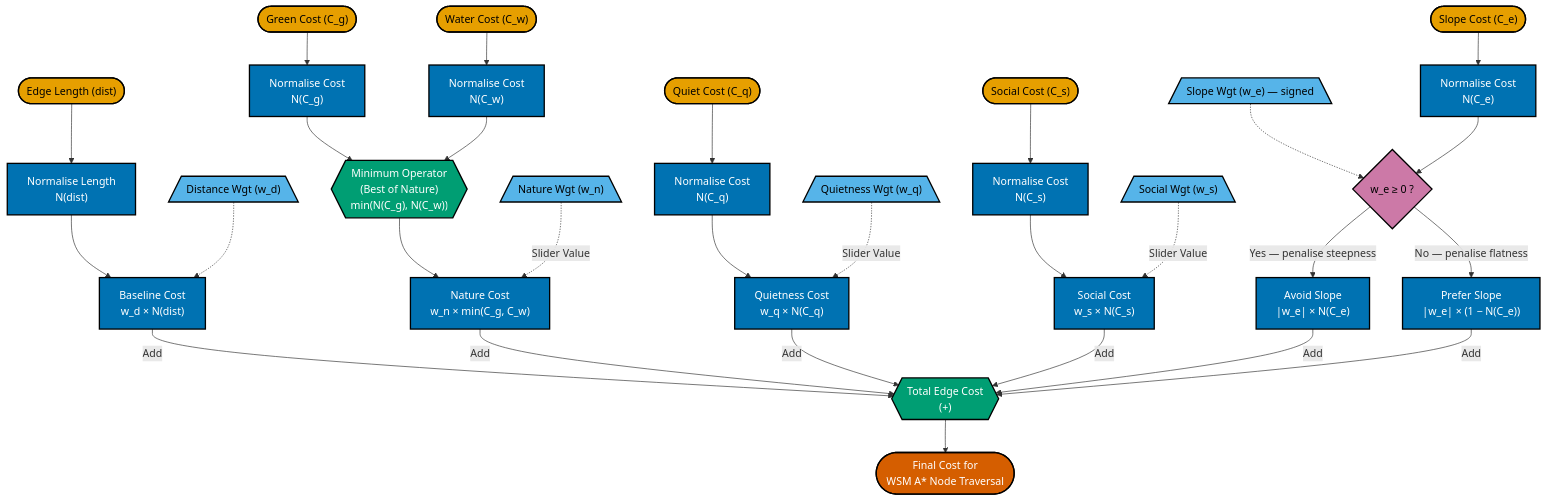
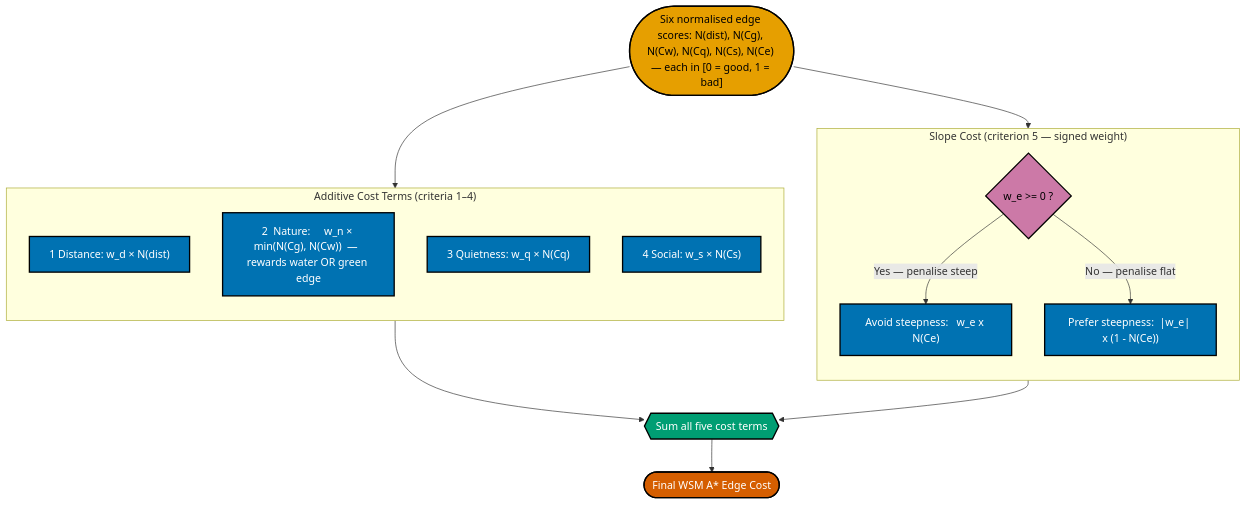
Before and after one commit to Chimpyr/pathfinder-project: the diagram in docs/report_diagrams/2_wsm_additive_mathematical_flow.md, drawn with Mermaid. The commit also changed 13 other files, not shown here.

Commit message:
Fix trunk and REDIS race condition, with DIAGRAMS

````diff
--- a/docs/report_diagrams/2_wsm_additive_mathematical_flow.md
+++ b/docs/report_diagrams/2_wsm_additive_mathematical_flow.md
@@ -8,89 +8,45 @@
 ```mermaid
 flowchart TD
     %% ── Okabe-Ito Accessible Colour Palette ──────────────────────
-    classDef input fill:#E69F00,stroke:#000000,stroke-width:2px,color:#000000
-    classDef weight fill:#56B4E9,stroke:#000000,stroke-width:2px,color:#000000
+    classDef input    fill:#E69F00,stroke:#000000,stroke-width:2px,color:#000000
     classDef operator fill:#009E73,stroke:#000000,stroke-width:2px,color:#FFFFFF
-    classDef process fill:#0072B2,stroke:#000000,stroke-width:2px,color:#FFFFFF
-    classDef output fill:#D55E00,stroke:#000000,stroke-width:2px,color:#FFFFFF
+    classDef process  fill:#0072B2,stroke:#000000,stroke-width:2px,color:#FFFFFF
+    classDef output   fill:#D55E00,stroke:#000000,stroke-width:2px,color:#FFFFFF
     classDef decision fill:#CC79A7,stroke:#000000,stroke-width:2px,color:#000000
 
-    %% ── Raw Inputs (6 normalised cost values 0=good 1=bad) ──────
-    L(["Edge Length (dist)"]):::input
-    G(["Green Cost (C_g)"]):::input
-    W(["Water Cost (C_w)"]):::input
-    Q(["Quiet Cost (C_q)"]):::input
-    S(["Social Cost (C_s)"]):::input
-    E(["Slope Cost (C_e)"]):::input
+    %% ── Entry: six normalised scores ────────────────────────────
+    Inputs(["Six normalised edge scores: N(dist), N(Cg), N(Cw), N(Cq), N(Cs), N(Ce) — each in [0 = good, 1 = bad]"]):::input
 
-    %% ── User-Interface Weight Sliders ────────────────────────────
-    uL[/"Distance Wgt (w_d)"\]:::weight
-    uNature[/"Nature Wgt (w_n)"\]:::weight
-    uQ[/"Quietness Wgt (w_q)"\]:::weight
-    uS[/"Social Wgt (w_s)"\]:::weight
-    uE[/"Slope Wgt (w_e)  — signed"\]:::weight
+    %% ── Additive cost terms (criteria 1–4) ───────────────────────
+    subgraph Additive ["Additive Cost Terms  (criteria 1–4)"]
+        direction TB
+        DistCost["1  Distance:   w_d × N(dist)"]:::process
+        NatureCost["2  Nature:     w_n × min(N(Cg), N(Cw))  —  rewards water OR green edge"]:::process
+        QuietCost["3  Quietness:  w_q × N(Cq)"]:::process
+        SocialCost["4  Social:     w_s × N(Cs)"]:::process
+    end
 
-    %% ── Normalisation Functions ──────────────────────────────────
-    NormL["Normalise Length\nN(dist)"]:::process
-    NormG["Normalise Cost\nN(C_g)"]:::process
-    NormW["Normalise Cost\nN(C_w)"]:::process
-    NormQ["Normalise Cost\nN(C_q)"]:::process
-    NormS["Normalise Cost\nN(C_s)"]:::process
-    NormE["Normalise Cost\nN(C_e)"]:::process
+    %% ── Slope: signed-weight branch (criterion 5) ────────────────
+    %% cost_wsm_additive() cost_calculator.py line 113:
+    %%   if slope_weight >= 0: cost += w_e * norm_slope
+    %%   else:                 cost += abs(w_e) * (1 - norm_slope)
+    subgraph SlopeGroup ["Slope Cost  (criterion 5 — signed weight)"]
+        direction TB
+        SlopeDecision{"w_e >= 0 ?"}:::decision
+        SlopeAvoid["Avoid steepness:   w_e x N(Ce)"]:::process
+        SlopePrefer["Prefer steepness:  |w_e| x (1 - N(Ce))"]:::process
+        SlopeDecision -->|"Yes — penalise steep"| SlopeAvoid
+        SlopeDecision -->|"No — penalise flat"| SlopePrefer
+    end
 
-    L --> NormL
-    G --> NormG
-    W --> NormW
-    Q --> NormQ
-    S --> NormS
-    E --> NormE
+    %% ── Final sum ────────────────────────────────────────────────
+    Add{{"Sum all five cost terms"}}:::operator
+    EdgeCost(["Final WSM A* Edge Cost"]):::output
 
-    %% ── Group Nature Logic (Disjunctive OR Semantics) ────────────
-    MinOp{{"Minimum Operator\n(Best of Nature)\nmin(N(C_g), N(C_w))"}}:::operator
-    NormG --> MinOp
-    NormW --> MinOp
-
-    %% ── Linear Multiplications ───────────────────────────────────
-    Mult1["Baseline Cost\nw_d × N(dist)"]:::process
-    Mult2["Nature Cost\nw_n × min(C_g, C_w)"]:::process
-    Mult3["Quietness Cost\nw_q × N(C_q)"]:::process
-    Mult4["Social Cost\nw_s × N(C_s)"]:::process
-
-    NormL --> Mult1
-    uL -.-> Mult1
-
-    MinOp --> Mult2
-    uNature -.->|"Slider Value"| Mult2
-
-    NormQ --> Mult3
-    uQ -.->|"Slider Value"| Mult3
-
-    NormS --> Mult4
-    uS -.->|"Slider Value"| Mult4
-
-    %% ── Slope: Signed-Weight Conditional Branch ──────────────────
-    %% Source: cost_wsm_additive() in cost_calculator.py
-    %% if slope_weight >= 0: cost += w_e × norm_slope   (penalise steepness)
-    %% if slope_weight <  0: cost += |w_e| × (1 - norm_slope)  (penalise flatness)
-    SlopeDecision{"w_e ≥ 0 ?"}:::decision
-    uE -.-> SlopeDecision
-    NormE --> SlopeDecision
-
-    SlopeAvoid["Avoid Slope\n|w_e| × N(C_e)"]:::process
-    SlopePrefer["Prefer Slope\n|w_e| × (1 − N(C_e))"]:::process
-
-    SlopeDecision -->|"Yes — penalise steepness"| SlopeAvoid
-    SlopeDecision -->|"No — penalise flatness"| SlopePrefer
-
-    %% ── Final Additive Combination (AND Semantics) ───────────────
-    Add{{"Total Edge Cost\n(+)"}}:::operator
-    Mult1 -->|"Add"| Add
-    Mult2 -->|"Add"| Add
-    Mult3 -->|"Add"| Add
-    Mult4 -->|"Add"| Add
-    SlopeAvoid -->|"Add"| Add
-    SlopePrefer -->|"Add"| Add
-
-    EdgeCost(["Final Cost for\nWSM A* Node Traversal"]):::output
+    %% ── Connections ──────────────────────────────────────────────
+    Inputs --> Additive
+    Inputs --> SlopeGroup
+    Additive --> Add
+    SlopeGroup --> Add
     Add --> EdgeCost
 ```
````
